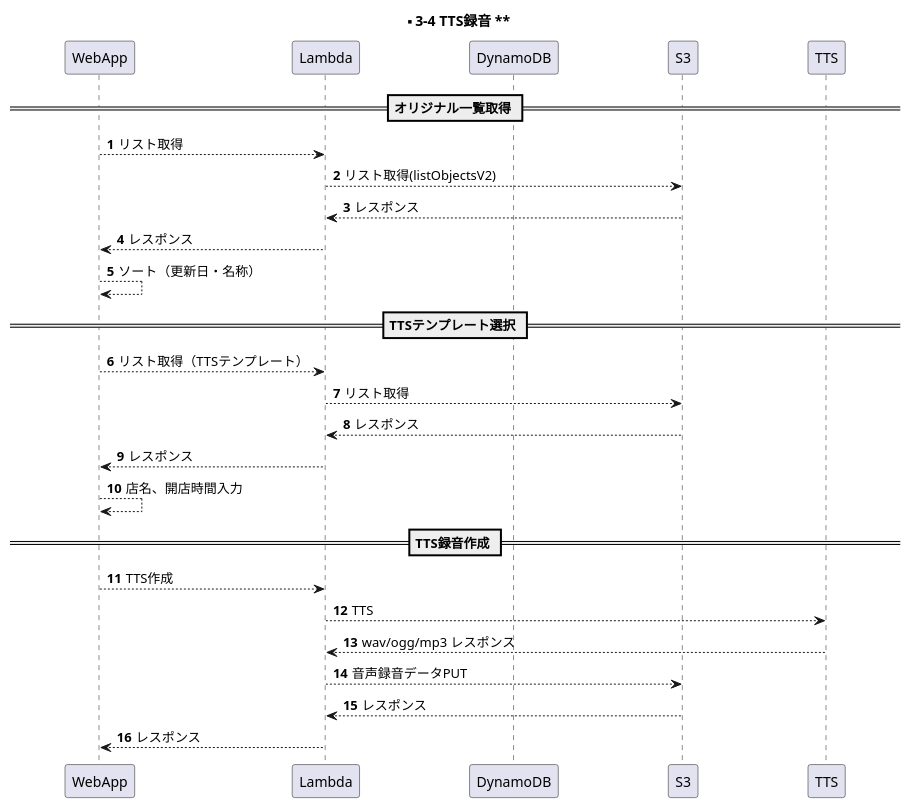
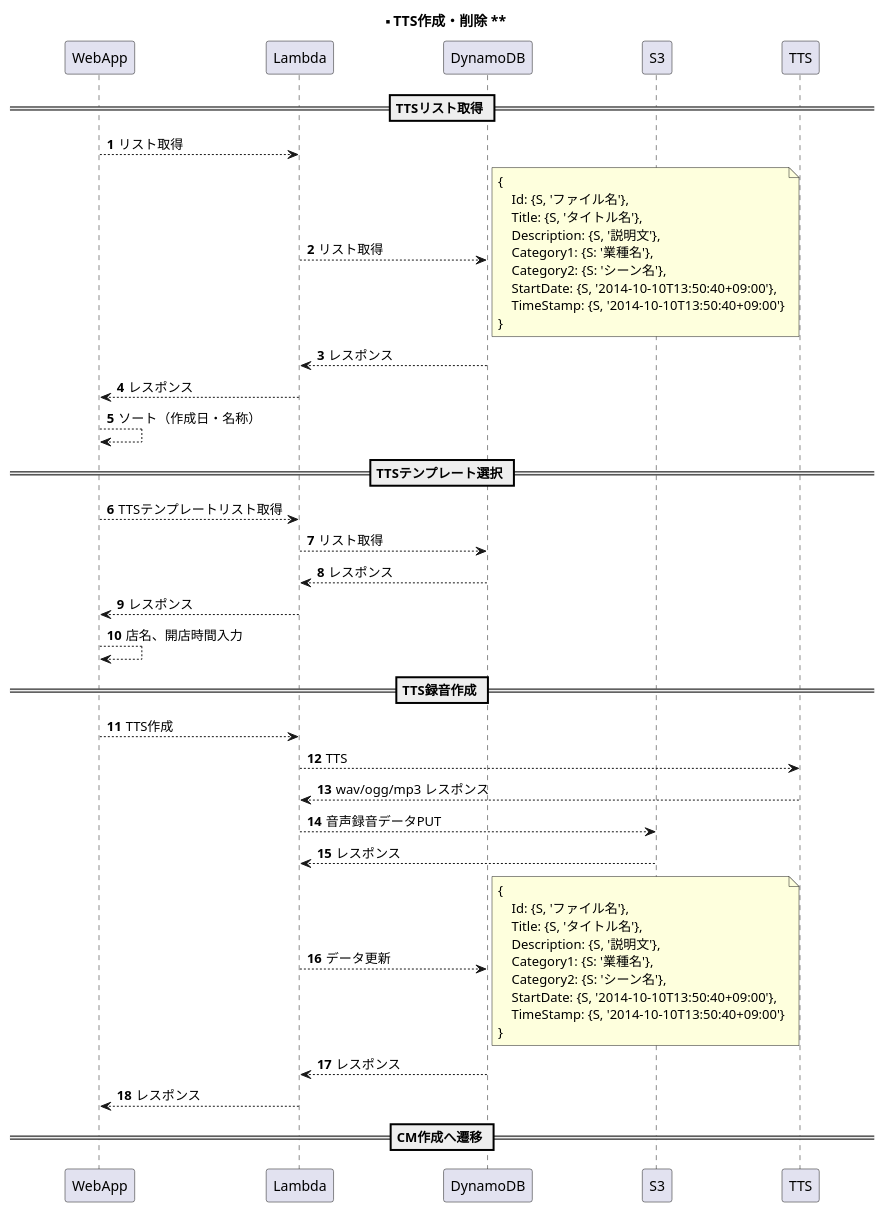
The diagram in documents/uml/s3-4.wsd (y-watanabe-usen/umesse-test), drawn with PlantUML before and after one commit. The commit also changed 5 other files, not shown here.

```diff
--- a/documents/uml/s3-4.wsd
+++ b/documents/uml/s3-4.wsd
@@ -1,35 +1,61 @@
 @startuml s3-4
 
 participant WebApp order 1
 participant Lambda order 2
 participant DynamoDB order 3
 participant S3 order 4
 participant TTS order 5
 skinparam ParticipantPadding 50
 autonumber
 
-title ** 3-4 TTS録音 **
+title ** TTS作成・削除 **
 
-== オリジナル一覧取得 ==
+== TTSリスト取得 ==
 WebApp --> Lambda: リスト取得
-Lambda --> S3: リスト取得(listObjectsV2)
-Lambda <-- S3: レスポンス
+Lambda --> DynamoDB: リスト取得
+note right
+{
+    Id: {S, 'ファイル名'},
+    Title: {S, 'タイトル名'},
+    Description: {S, '説明文'},
+    Category1: {S: '業種名'},
+    Category2: {S: 'シーン名'},
+    StartDate: {S, '2014-10-10T13:50:40+09:00'},
+    TimeStamp: {S, '2014-10-10T13:50:40+09:00'}
+}
+end note
+Lambda <-- DynamoDB: レスポンス
 WebApp <-- Lambda: レスポンス
-WebApp --> WebApp: ソート（更新日・名称）
+WebApp --> WebApp: ソート（作成日・名称）
 
 == TTSテンプレート選択 ==
-WebApp --> Lambda: リスト取得（TTSテンプレート）
-Lambda --> S3: リスト取得
-Lambda <-- S3: レスポンス
+WebApp --> Lambda: TTSテンプレートリスト取得
+Lambda --> DynamoDB: リスト取得
+Lambda <-- DynamoDB: レスポンス
 WebApp <-- Lambda: レスポンス
 WebApp --> WebApp: 店名、開店時間入力
 
 == TTS録音作成 ==
 WebApp --> Lambda: TTS作成
 Lambda --> TTS: TTS
 Lambda <-- TTS: wav/ogg/mp3 レスポンス
 Lambda --> S3: 音声録音データPUT
 Lambda <-- S3: レスポンス
+Lambda --> DynamoDB: データ更新
+note right
+{
+    Id: {S, 'ファイル名'},
+    Title: {S, 'タイトル名'},
+    Description: {S, '説明文'},
+    Category1: {S: '業種名'},
+    Category2: {S: 'シーン名'},
+    StartDate: {S, '2014-10-10T13:50:40+09:00'},
+    TimeStamp: {S, '2014-10-10T13:50:40+09:00'}
+}
+end note
+Lambda <-- DynamoDB: レスポンス
 WebApp <-- Lambda: レスポンス
 
+== CM作成へ遷移 ==
+
 @enduml
```
